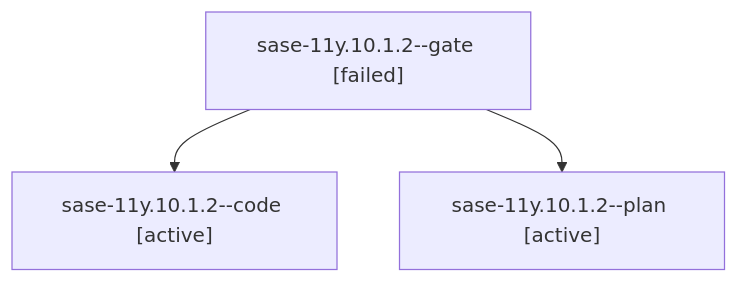
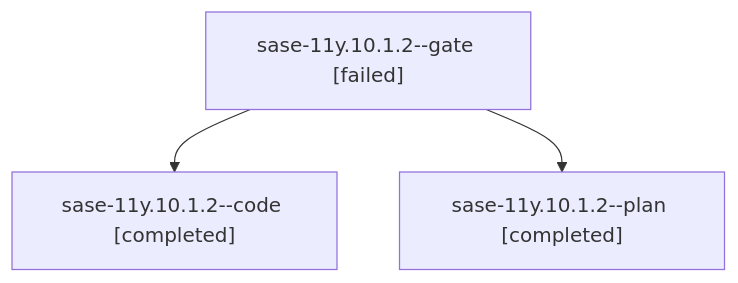
One commit to sase-org/sase--agents changed the diagram in families/bbugyi200.athena.sase-11y.10.1.2.md. Above: the diagram before and after it, drawn with Mermaid. The commit also changed other lines of this file and 449 other files, not shown here.

````diff
--- a/families/bbugyi200.athena.sase-11y.10.1.2.md
+++ b/families/bbugyi200.athena.sase-11y.10.1.2.md
@@ -9,8 +9,8 @@
 ```mermaid
 flowchart TD
   n0["sase-11y.10.1.2--gate [failed]"]
-  n1["sase-11y.10.1.2--code [active]"]
+  n1["sase-11y.10.1.2--code [completed]"]
   n0 --> n1
-  n2["sase-11y.10.1.2--plan [active]"]
+  n2["sase-11y.10.1.2--plan [completed]"]
   n0 --> n2
 ```
````
